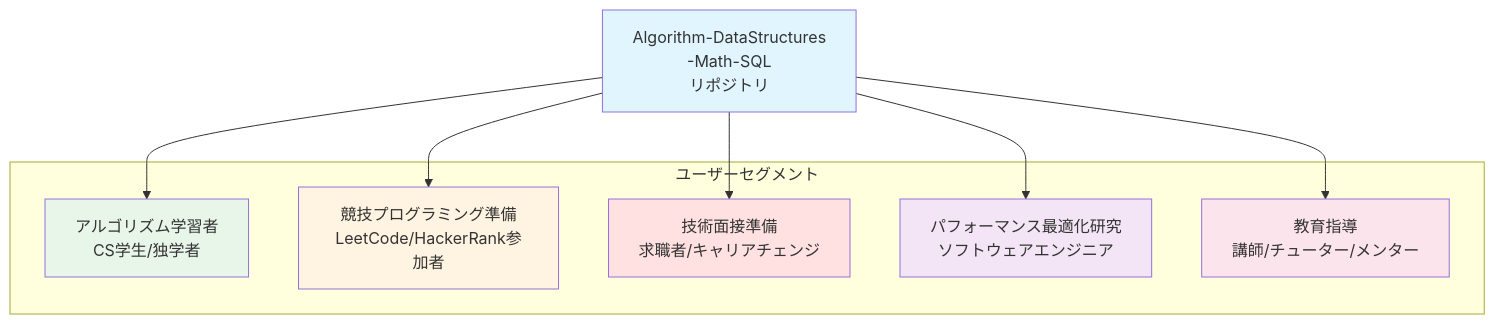
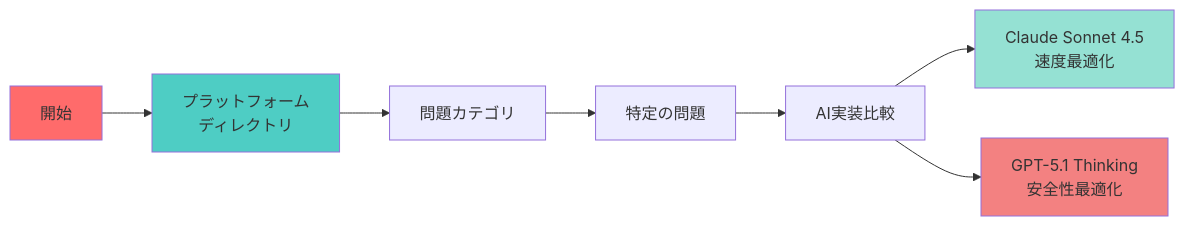
One commit to myoshi2891/Algorithm-DataStructures-Math-SQL changed the eighth of 9 diagrams in README.md. Above: the diagram before and after it, drawn with Mermaid. The commit also changed other lines of this file, not shown here.

````diff
--- a/README.md
+++ b/README.md
@@ -598,25 +703,15 @@
 ```mermaid
-graph TB
-    Repo[Algorithm-DataStructures<br/>-Math-SQL<br/>リポジトリ]
-
-    subgraph Users[ユーザーセグメント]
-        U1[アルゴリズム学習者<br/>CS学生/独学者]
-        U2[競技プログラミング準備<br/>LeetCode/HackerRank参加者]
-        U3[技術面接準備<br/>求職者/キャリアチェンジ]
-        U4[パフォーマンス最適化研究<br/>ソフトウェアエンジニア]
-        U5[教育指導<br/>講師/チューター/メンター]
-    end
-
-    Repo --> U1
-    Repo --> U2
-    Repo --> U3
-    Repo --> U4
-    Repo --> U5
-
-    style Repo fill:#e1f5ff
-    style U1 fill:#e8f5e9
-    style U2 fill:#fff4e1
-    style U3 fill:#ffe1e1
-    style U4 fill:#f3e5f5
-    style U5 fill:#fce4ec
+graph LR
+    Start[開始] --> Platform[プラットフォーム<br/>ディレクトリ]
+    Platform --> Category[問題カテゴリ]
+    Category --> Problem[特定の問題]
+    Problem --> AI[AI実装比較]
+    
+    AI --> Claude[Claude Sonnet 4.5<br/>速度最適化]
+    AI --> GPT[GPT-5.1 Thinking<br/>安全性最適化]
+    
+    style Start fill:#ff6b6b
+    style Platform fill:#4ecdc4
+    style Claude fill:#95e1d3
+    style GPT fill:#f38181
 ```
````
